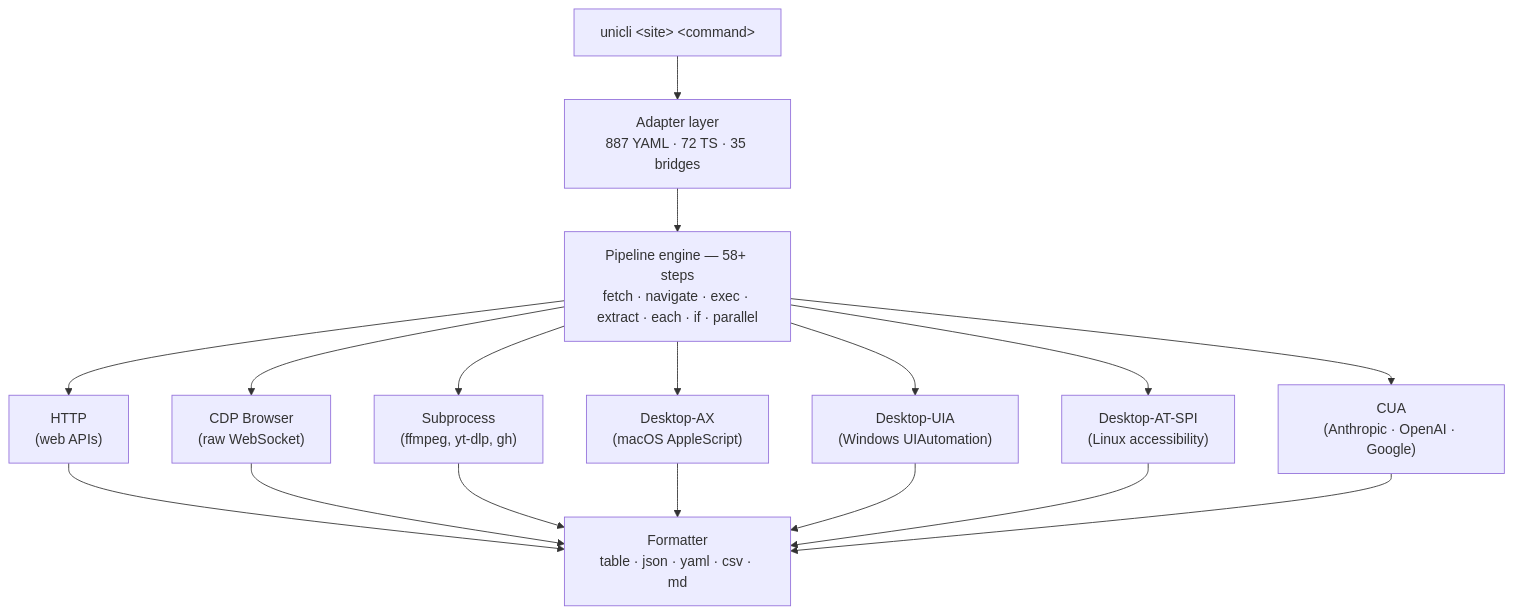
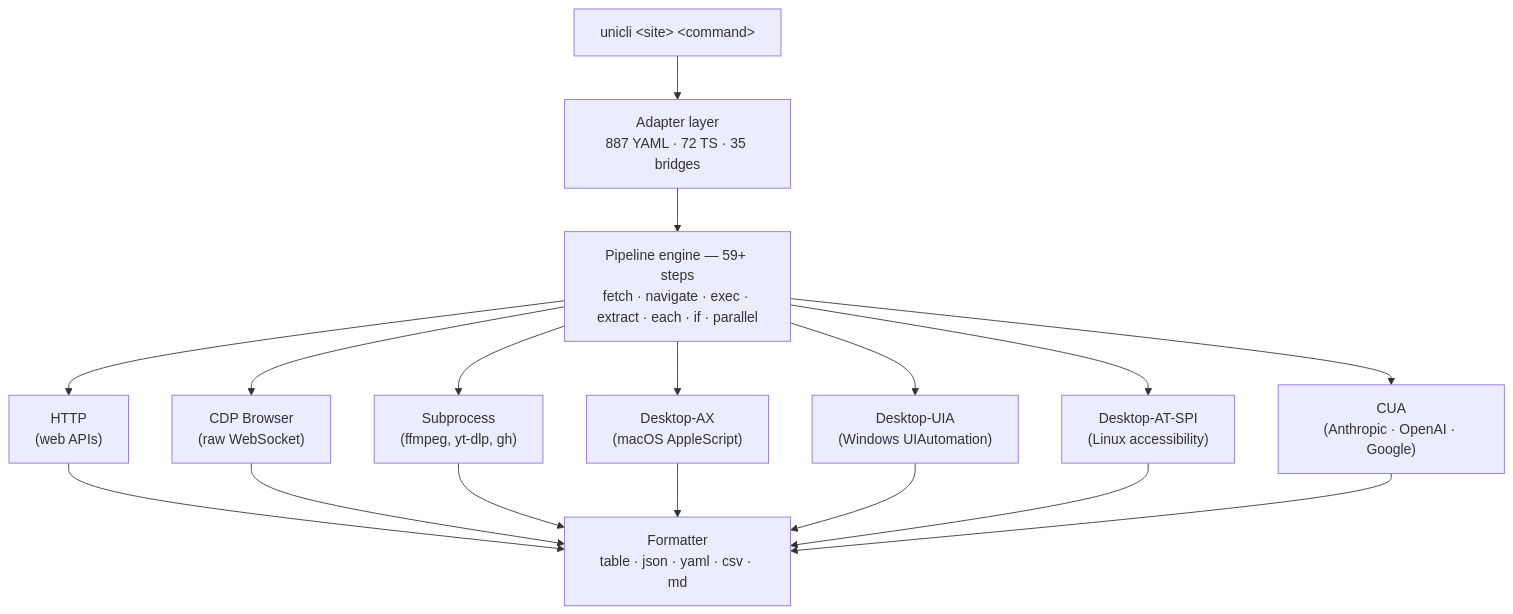
Before and after one commit to olo-dot-io/Uni-CLI: the diagram in README.md, drawn with Mermaid. The commit also changed other lines of this file and 38 other files, not shown here.

````diff
--- a/README.md
+++ b/README.md
@@ -79,24 +79,24 @@
 ```mermaid
 graph TB
     CMD["unicli &lt;site&gt; &lt;command&gt;"]
 
     CMD --> ADAPT["Adapter layer<br/>887 YAML · 72 TS · 35 bridges"]
 
-    ADAPT --> ENGINE["Pipeline engine — <!-- STATS:pipeline_step_count -->58<!-- /STATS -->+ steps<br/>fetch · navigate · exec · extract · each · if · parallel"]
+    ADAPT --> ENGINE["Pipeline engine — <!-- STATS:pipeline_step_count -->59<!-- /STATS -->+ steps<br/>fetch · navigate · exec · extract · each · if · parallel"]
 
     ENGINE --> T1["HTTP<br/>(web APIs)"]
     ENGINE --> T2["CDP Browser<br/>(raw WebSocket)"]
     ENGINE --> T3["Subprocess<br/>(ffmpeg, yt-dlp, gh)"]
     ENGINE --> T4["Desktop-AX<br/>(macOS AppleScript)"]
     ENGINE --> T5["Desktop-UIA<br/>(Windows UIAutomation)"]
     ENGINE --> T6["Desktop-AT-SPI<br/>(Linux accessibility)"]
     ENGINE --> T7["CUA<br/>(Anthropic · OpenAI · Google)"]
 
     T1 --> OUT["Formatter<br/>table · json · yaml · csv · md"]
     T2 --> OUT
     T3 --> OUT
     T4 --> OUT
     T5 --> OUT
     T6 --> OUT
     T7 --> OUT
 ```
````
